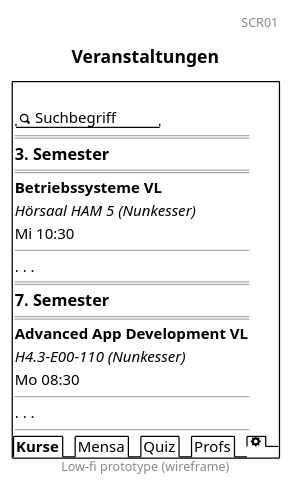
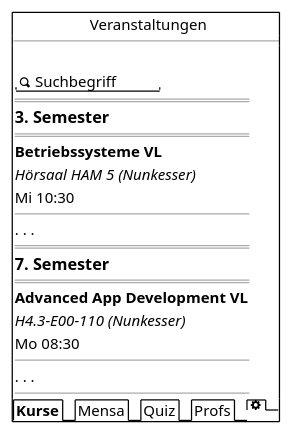
One commit to RobinNunkesser/plantuml changed the diagram in scr1.pu. Above: the diagram before and after it, drawn with PlantUML. The commit also changed 6 other files, not shown here.

```diff
--- a/scr1.pu
+++ b/scr1.pu
@@ -1,29 +1,28 @@
 @startsalt
-title Veranstaltungen
-header SCR01
-footer Low-fi prototype (wireframe)
 {+
+""        "" Veranstaltungen
+--
 {
     .
     "<&magnifying-glass> Suchbegriff"
     ==
     === 3. Semester 
     ==
     **Betriebssysteme VL**
     //Hörsaal HAM 5 (Nunkesser)//
     Mi 10:30
     --
     . . .
     ==
     === 7. Semester 
     ==
     **Advanced App Development VL**
     //H4.3-E00-110 (Nunkesser)//
     Mo 08:30
     --
     . . .
     --
 }
 {/ <b>Kurse | Mensa | Quiz | Profs | <&cog> }
 }
 @endsalt
```
